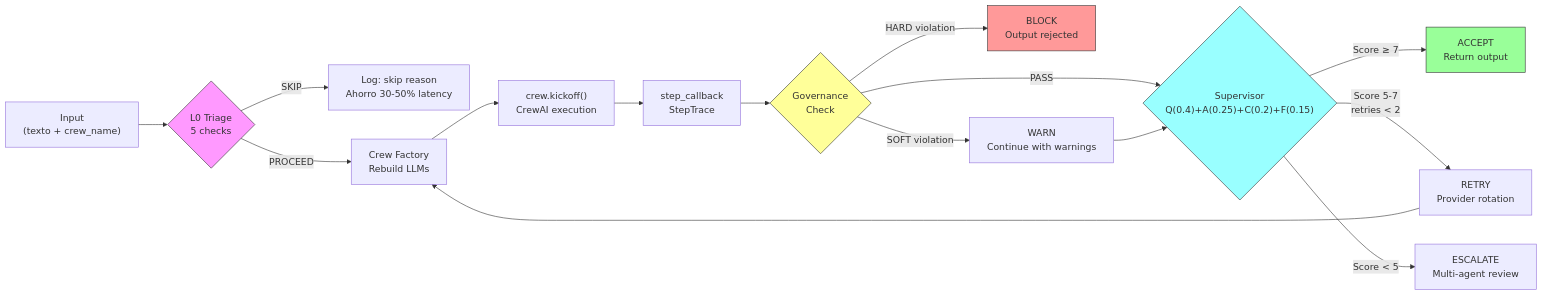
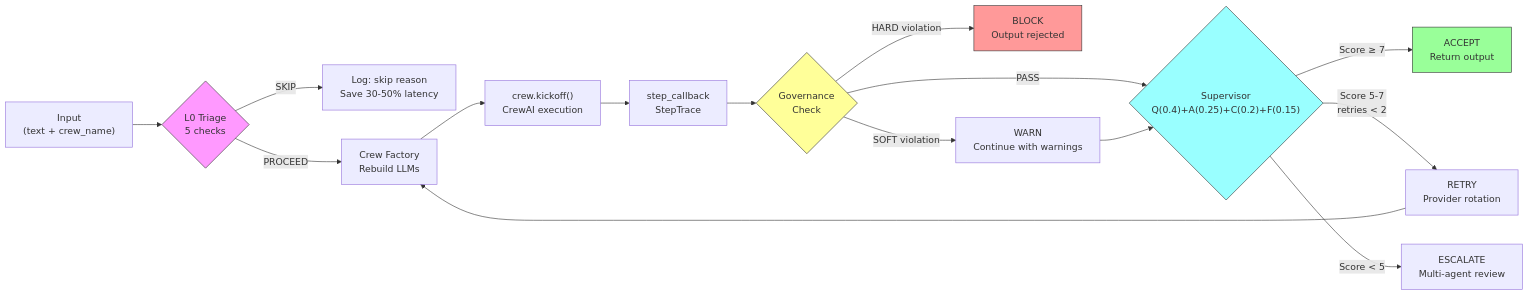
The second of 8 diagrams in docs/04_strategy/SYSTEM_REPORT_v0.5.md (Cyberpaisa/DOF-MESH), drawn with Mermaid before and after one commit. The commit also changed other lines of this file and 63 other files, not shown here.

````diff
--- a/docs/04_strategy/SYSTEM_REPORT_v0.5.md
+++ b/docs/04_strategy/SYSTEM_REPORT_v0.5.md
@@ -120,23 +120,23 @@
 ```mermaid
 flowchart LR
-    A["Input<br/>(texto + crew_name)"] --> B{"L0 Triage<br/>5 checks"}
-    B -->|SKIP| C["Log: skip reason<br/>Ahorro 30-50% latency"]
+    A["Input<br/>(text + crew_name)"] --> B{"L0 Triage<br/>5 checks"}
+    B -->|SKIP| C["Log: skip reason<br/>Save 30-50% latency"]
     B -->|PROCEED| D["Crew Factory<br/>Rebuild LLMs"]
     D --> E["crew.kickoff()<br/>CrewAI execution"]
     E --> F["step_callback<br/>StepTrace"]
     F --> G{"Governance<br/>Check"}
     G -->|HARD violation| H["BLOCK<br/>Output rejected"]
     G -->|SOFT violation| I["WARN<br/>Continue with warnings"]
     G -->|PASS| J{"Supervisor<br/>Q(0.4)+A(0.25)+C(0.2)+F(0.15)"}
     I --> J
     J -->|"Score ≥ 7"| K["ACCEPT<br/>Return output"]
     J -->|"Score 5-7<br/>retries < 2"| L["RETRY<br/>Provider rotation"]
     J -->|"Score < 5"| M["ESCALATE<br/>Multi-agent review"]
     L --> D
 
     style B fill:#f9f,stroke:#333
     style G fill:#ff9,stroke:#333
     style J fill:#9ff,stroke:#333
     style K fill:#9f9,stroke:#333
     style H fill:#f99,stroke:#333
 ```
````
